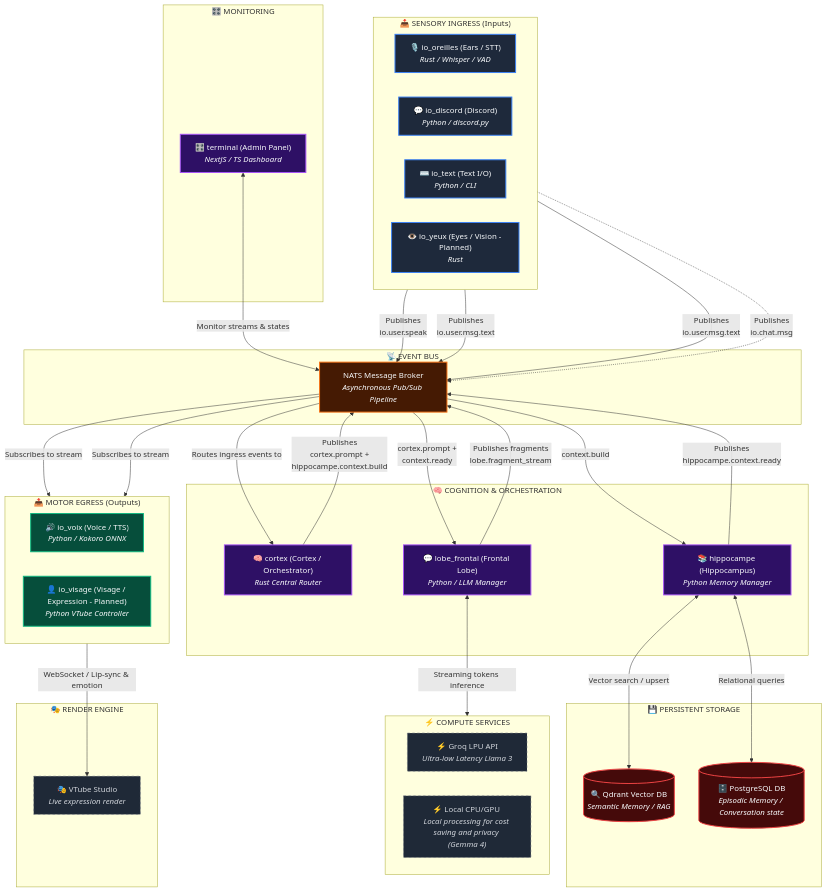
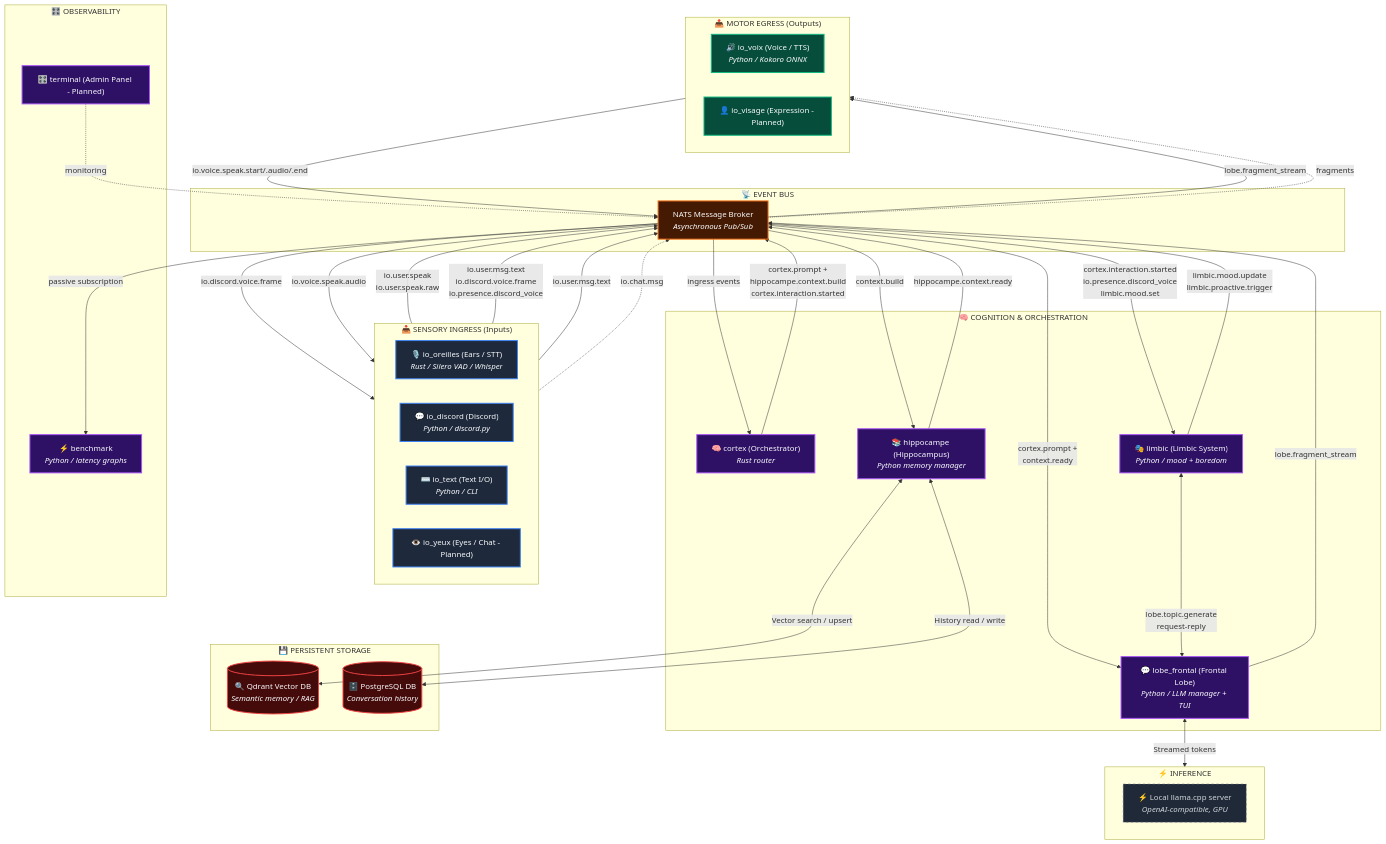
The diagram in README.md (MiloBonbaril/Aletheia-V3), drawn with Mermaid before and after one commit. The commit also changed other lines of this file and 18 other files, not shown here.

````diff
--- a/README.md
+++ b/README.md
@@ -56,72 +70,75 @@
 
     subgraph Sensory_Ingress ["📥 SENSORY INGRESS (Inputs)"]
         direction LR
-        oreilles["🎙️ io_oreilles (Ears / STT)<br/><i>Rust / Whisper / VAD</i>"]:::ingress
+        oreilles["🎙️ io_oreilles (Ears / STT)<br/><i>Rust / Silero VAD / Whisper</i>"]:::ingress
         discord["💬 io_discord (Discord)<br/><i>Python / discord.py</i>"]:::ingress
         text_io["⌨️ io_text (Text I/O)<br/><i>Python / CLI</i>"]:::ingress
-        yeux["👁️ io_yeux (Eyes / Vision - Planned)<br/><i>Rust</i>"]:::ingress
+        yeux["👁️ io_yeux (Eyes / Chat - Planned)"]:::ingress
     end
 
     subgraph Event_Broker ["📡 EVENT BUS"]
-        nats["NATS Message Broker<br/><i>Asynchronous Pub/Sub Pipeline</i>"]:::broker
+        nats["NATS Message Broker<br/><i>Asynchronous Pub/Sub</i>"]:::broker
     end
 
     subgraph Cognition ["🧠 COGNITION & ORCHESTRATION"]
-        cortex["🧠 cortex (Cortex / Orchestrator)<br/><i>Rust Central Router</i>"]:::core
-        lobe["💬 lobe_frontal (Frontal Lobe)<br/><i>Python / LLM Manager</i>"]:::core
-        hippocampe["📚 hippocampe (Hippocampus)<br/><i>Python Memory Manager</i>"]:::core
+        cortex["🧠 cortex (Orchestrator)<br/><i>Rust router</i>"]:::core
+        lobe["💬 lobe_frontal (Frontal Lobe)<br/><i>Python / LLM manager + TUI</i>"]:::core
+        hippocampe["📚 hippocampe (Hippocampus)<br/><i>Python memory manager</i>"]:::core
+        limbic["🎭 limbic (Limbic System)<br/><i>Python / mood + boredom</i>"]:::core
     end
 
     subgraph Storage ["💾 PERSISTENT STORAGE"]
-        qdrant[("🔍 Qdrant Vector DB<br/><i>Semantic Memory / RAG</i>")]:::database
-        postgres[("🗄️ PostgreSQL DB<br/><i>Episodic Memory / Conversation state</i>")]:::database
+        qdrant[("🔍 Qdrant Vector DB<br/><i>Semantic memory / RAG</i>")]:::database
+        postgres[("🗄️ PostgreSQL DB<br/><i>Conversation history</i>")]:::database
     end
 
-    subgraph Compute_API ["⚡ COMPUTE SERVICES"]
-        groq["⚡ Groq LPU API<br/><i>Ultra-low Latency Llama 3</i>"]:::external
-        local["⚡ Local CPU/GPU <br/><i>Local processing for cost saving and privacy (Gemma 4)</i>"]:::external
+    subgraph Compute_API ["⚡ INFERENCE"]
+        local["⚡ Local llama.cpp server<br/><i>OpenAI-compatible, GPU</i>"]:::external
     end
 
     subgraph Motor_Egress ["📤 MOTOR EGRESS (Outputs)"]
         direction LR
         voix["🔊 io_voix (Voice / TTS)<br/><i>Python / Kokoro ONNX</i>"]:::egress
-        visage["👤 io_visage (Visage / Expression - Planned)<br/><i>Python VTube Controller</i>"]:::egress
+        visage["👤 io_visage (Expression - Planned)"]:::egress
     end
 
-    subgraph External_Render ["🎭 RENDER ENGINE"]
-        vtube["🎭 VTube Studio<br/><i>Live expression render</i>"]:::external
+    subgraph Observability ["🎛️ OBSERVABILITY"]
+        bench["⚡ benchmark<br/><i>Python / latency graphs</i>"]:::core
+        terminal["🎛️ terminal (Admin Panel - Planned)"]:::core
     end
 
-    subgraph Monitoring ["🎛️ MONITORING"]
-        terminal["🎛️ terminal (Admin Panel)<br/><i>NextJS / TS Dashboard</i>"]:::core
-    end
+    %% Ingress
+    oreilles -->|io.user.speak<br/>io.user.speak.raw| nats
+    discord -->|io.user.msg.text<br/>io.discord.voice.frame<br/>io.presence.discord_voice| nats
+    text_io -->|io.user.msg.text| nats
+    yeux -.->|io.chat.msg| nats
 
-    %% Event Bus Connections
-    oreilles -->|Publishes<br/>io.user.speak| nats
-    discord -->|Publishes<br/>io.user.msg.text| nats
-    text_io -->|Publishes<br/>io.user.msg.text| nats
-    yeux -.->|Publishes<br/>io.chat.msg| nats
+    nats -->|ingress events| cortex
+    nats -->|io.discord.voice.frame| oreilles
 
-    nats -->|Routes ingress events to| cortex
-
-    %% Cognitive Flows (Passive Memory Architecture)
-    cortex -->|Publishes<br/>cortex.prompt +<br/>hippocampe.context.build| nats
+    %% Cognition
+    cortex -->|cortex.prompt +<br/>hippocampe.context.build<br/>cortex.interaction.started| nats
     nats -->|context.build| hippocampe
     hippocampe <-->|Vector search / upsert| qdrant
-    hippocampe <-->|Relational queries| postgres
-    hippocampe -->|Publishes<br/>hippocampe.context.ready| nats
+    hippocampe <-->|History read / write| postgres
+    hippocampe -->|hippocampe.context.ready| nats
 
     nats -->|cortex.prompt +<br/>context.ready| lobe
+    lobe <-->|Streamed tokens| Compute_API
+    lobe -->|lobe.fragment_stream| nats
 
-    lobe <-->|Streaming tokens inference| Compute_API
-    lobe -->|Publishes fragments<br/>lobe.fragment_stream| nats
+    %% Limbic loop
+    nats -->|cortex.interaction.started<br/>io.presence.discord_voice<br/>limbic.mood.set| limbic
+    limbic -->|limbic.mood.update<br/>limbic.proactive.trigger| nats
+    limbic <-->|lobe.topic.generate<br/>request-reply| lobe
 
-    %% Motor Egress Flows
-    nats -->|Subscribes to stream| voix
-    nats -->|Subscribes to stream| visage
+    %% Egress
+    nats -->|lobe.fragment_stream| voix
+    voix -->|io.voice.speak.start/.audio/.end| nats
+    nats -->|io.voice.speak.audio| discord
+    nats -.->|fragments| visage
 
-    visage -->|WebSocket / Lip-sync & emotion| vtube
-
-    %% Terminal Monitoring
-    terminal <-->|Monitor streams & states| nats
+    %% Observability
+    nats -->|passive subscription| bench
+    terminal -.->|monitoring| nats
 ```
````
